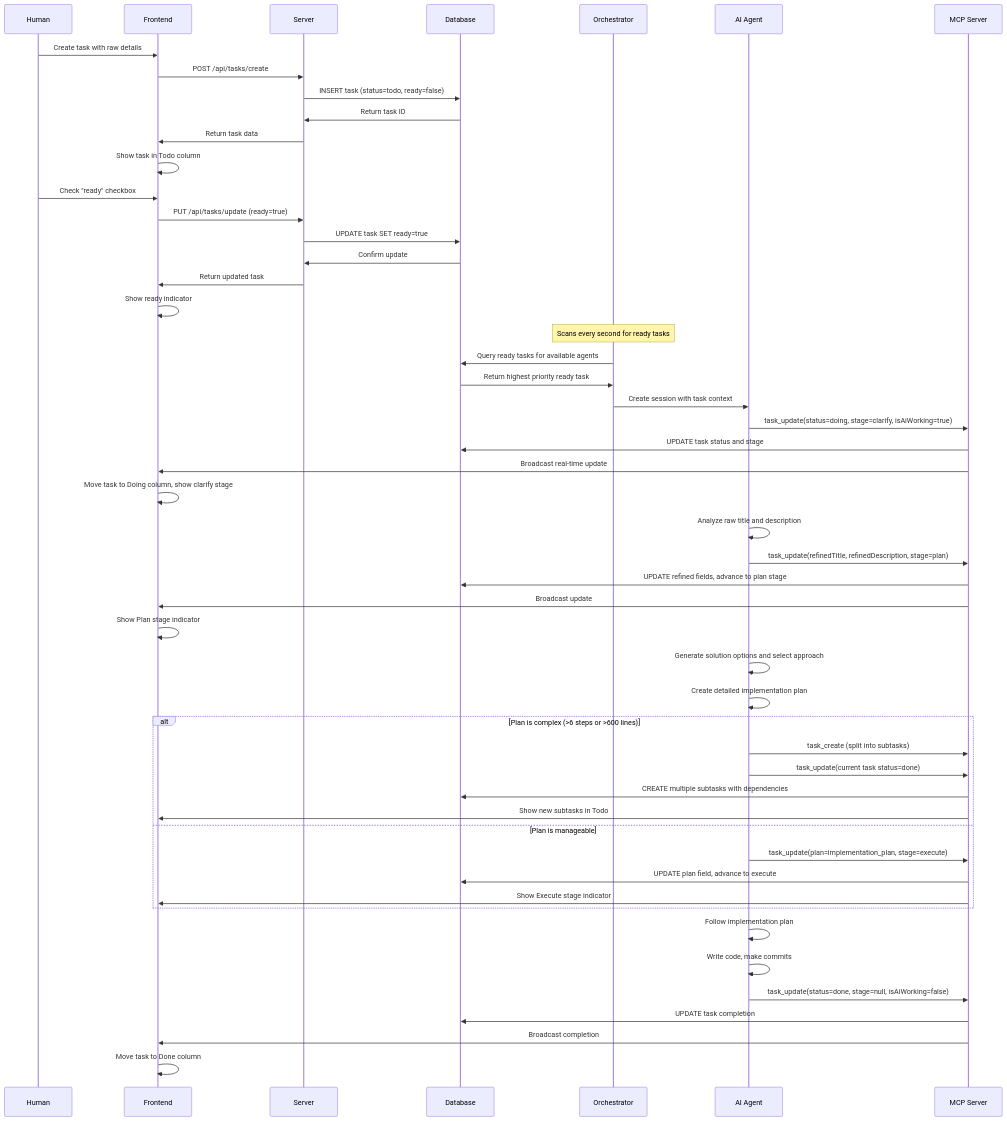
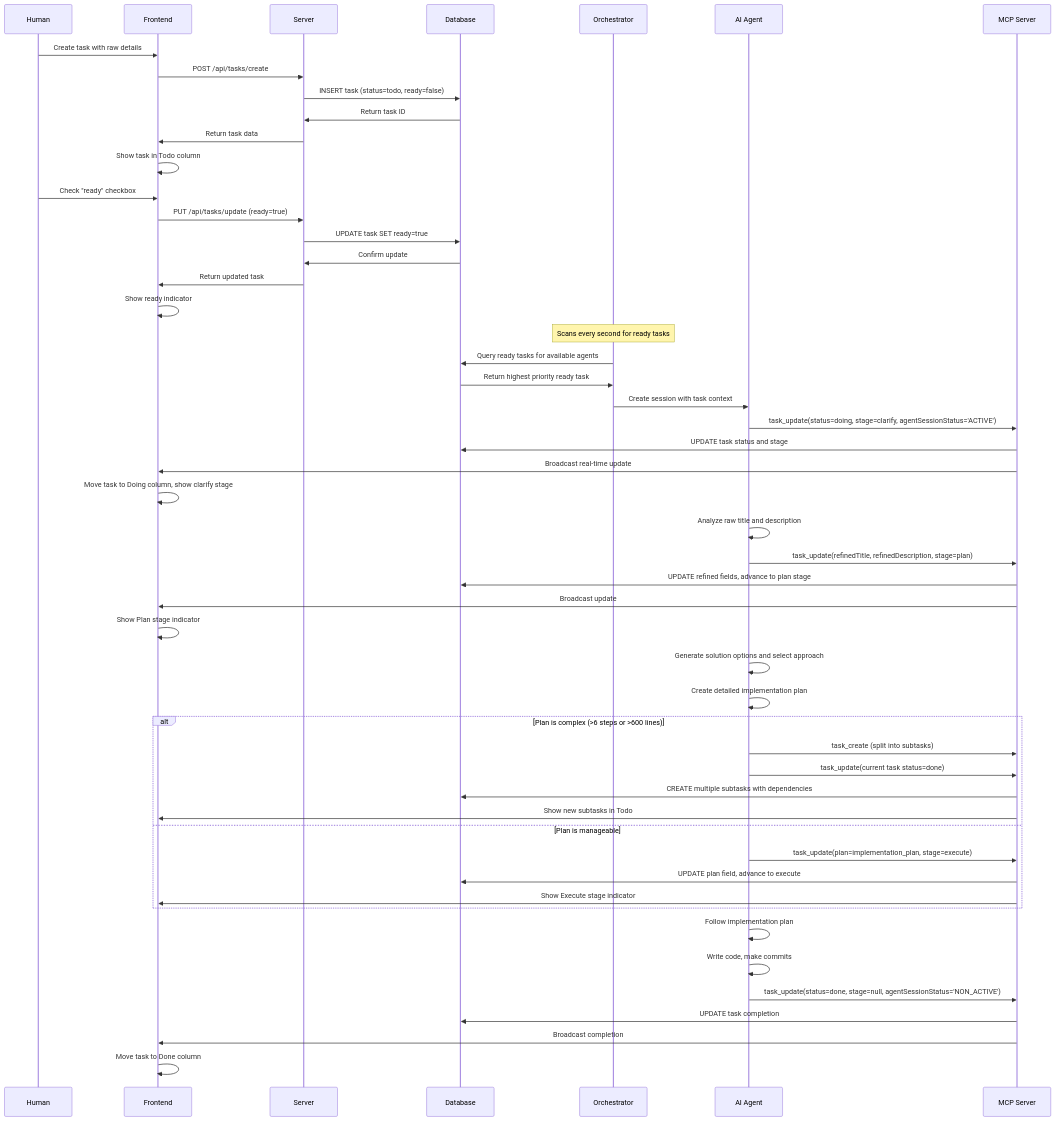
The first of 4 diagrams in docs/feature-flows/task-lifecycle.md (ivawzh/v0-bun-hono-tanstack-router), drawn with Mermaid before and after one commit. The commit also changed other lines of this file and 14 other files, not shown here.

````diff
--- a/docs/feature-flows/task-lifecycle.md
+++ b/docs/feature-flows/task-lifecycle.md
@@ -39,65 +39,65 @@
 ```mermaid
 sequenceDiagram
     participant H as Human
     participant UI as Frontend
     participant S as Server
     participant DB as Database
     participant O as Orchestrator
     participant AI as AI Agent
     participant MCP as MCP Server
 
     %% Task Creation
     H->>UI: Create task with raw details
     UI->>S: POST /api/tasks/create
     S->>DB: INSERT task (status=todo, ready=false)
     DB->>S: Return task ID
     S->>UI: Return task data
     UI->>UI: Show task in Todo column
 
     %% Human Marks Ready
     H->>UI: Check "ready" checkbox
     UI->>S: PUT /api/tasks/update (ready=true)
     S->>DB: UPDATE task SET ready=true
     DB->>S: Confirm update
     S->>UI: Return updated task
     UI->>UI: Show ready indicator
 
     %% AI Orchestrator Picks Up Task
     Note over O: Scans every second for ready tasks
     O->>DB: Query ready tasks for available agents
     DB->>O: Return highest priority ready task
     O->>AI: Create session with task context
-    AI->>MCP: task_update(status=doing, stage=clarify, isAiWorking=true)
+    AI->>MCP: task_update(status=doing, stage=clarify, agentSessionStatus='ACTIVE')
     MCP->>DB: UPDATE task status and stage
     MCP->>UI: Broadcast real-time update
     UI->>UI: Move task to Doing column, show clarify stage
 
     %% clarify Stage
     AI->>AI: Analyze raw title and description
     AI->>MCP: task_update(refinedTitle, refinedDescription, stage=plan)
     MCP->>DB: UPDATE refined fields, advance to plan stage
     MCP->>UI: Broadcast update
     UI->>UI: Show Plan stage indicator
 
     %% Plan Stage
     AI->>AI: Generate solution options and select approach
     AI->>AI: Create detailed implementation plan
     alt Plan is complex (>6 steps or >600 lines)
         AI->>MCP: task_create (split into subtasks)
         AI->>MCP: task_update(current task status=done)
         MCP->>DB: CREATE multiple subtasks with dependencies
         MCP->>UI: Show new subtasks in Todo
     else Plan is manageable
         AI->>MCP: task_update(plan=implementation_plan, stage=execute)
         MCP->>DB: UPDATE plan field, advance to execute
         MCP->>UI: Show Execute stage indicator
     end
 
     %% Execute Stage
     AI->>AI: Follow implementation plan
     AI->>AI: Write code, make commits
-    AI->>MCP: task_update(status=done, stage=null, isAiWorking=false)
+    AI->>MCP: task_update(status=done, stage=null, agentSessionStatus='NON_ACTIVE')
     MCP->>DB: UPDATE task completion
     MCP->>UI: Broadcast completion
     UI->>UI: Move task to Done column
 ```
````
